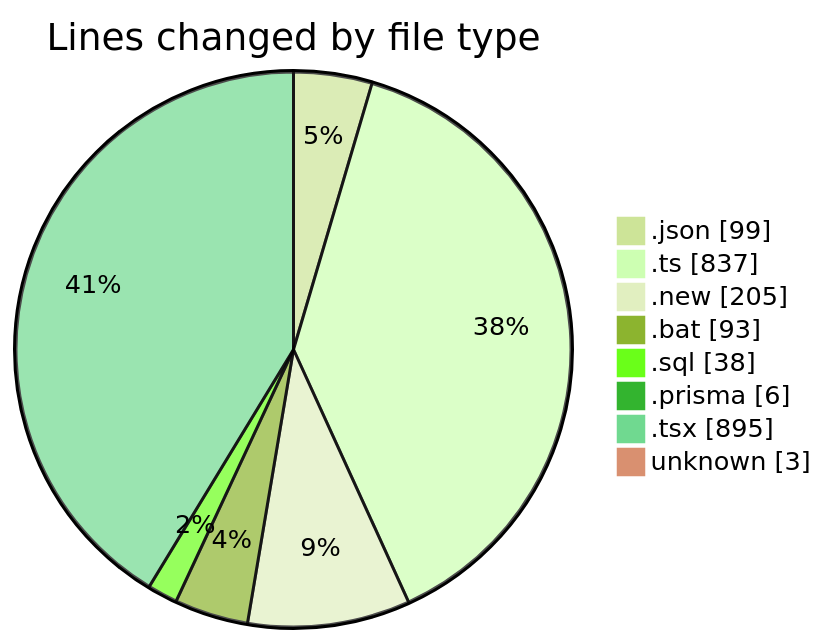
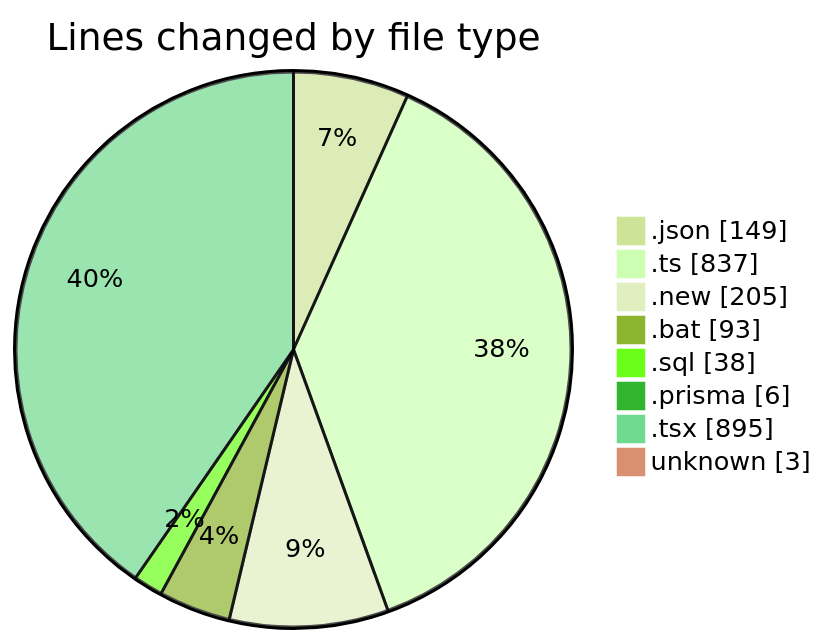
Before and after one commit to CELIANVF/code-tracking: the first of 2 diagrams in 2025-05-20/ecodeli-1/README.md, drawn with Mermaid (forest theme). The commit also changed other lines of this file and 1 other file, not shown here.

````diff
--- a/2025-05-20/ecodeli-1/README.md
+++ b/2025-05-20/ecodeli-1/README.md
@@ -38,12 +38,12 @@
 ```mermaid
 pie showData
 title Lines changed by file type
-".json" : 99
+".json" : 149
 ".ts" : 837
 ".new" : 205
 ".bat" : 93
 ".sql" : 38
 ".prisma" : 6
 ".tsx" : 895
 "unknown" : 3
 ```
````
